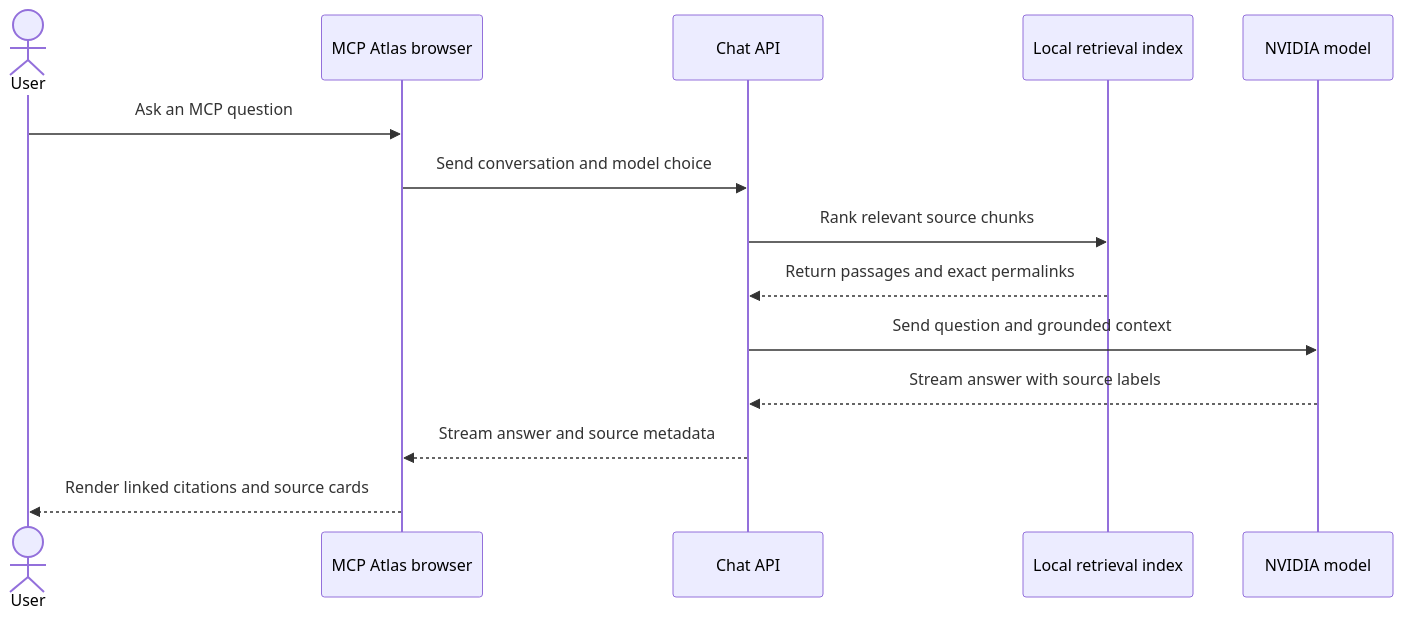
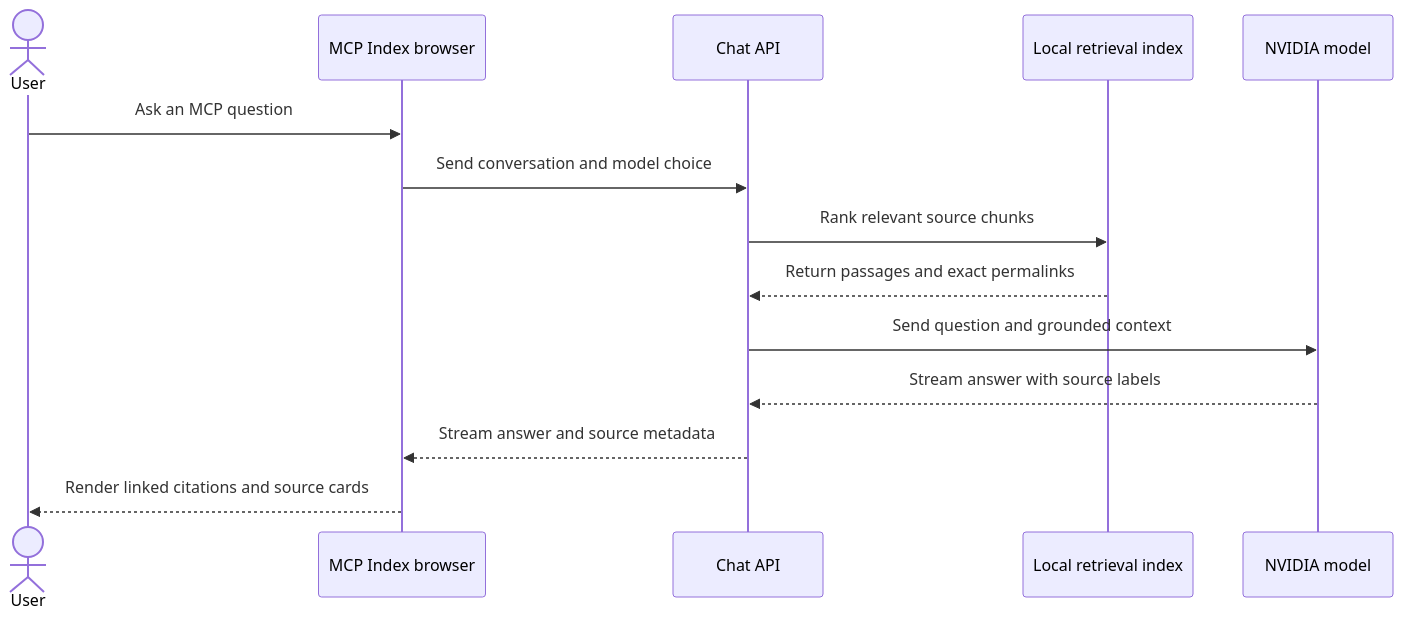
The third of 3 diagrams in docs/ARCHITECTURE.md (SawabS/mcp-atlas), drawn with Mermaid before and after one commit. The commit also changed other lines of this file and 33 other files, not shown here.

Commit message:
fixing the chat flow display

````diff
--- a/docs/ARCHITECTURE.md
+++ b/docs/ARCHITECTURE.md
@@ -96,17 +96,17 @@
 ```mermaid
 sequenceDiagram
     actor User
-    participant Browser as MCP Atlas browser
+    participant Browser as MCP Index browser
     participant API as Chat API
     participant Index as Local retrieval index
     participant Model as NVIDIA model
 
     User->>Browser: Ask an MCP question
     Browser->>API: Send conversation and model choice
     API->>Index: Rank relevant source chunks
     Index-->>API: Return passages and exact permalinks
     API->>Model: Send question and grounded context
     Model-->>API: Stream answer with source labels
     API-->>Browser: Stream answer and source metadata
     Browser-->>User: Render linked citations and source cards
 ```
````
